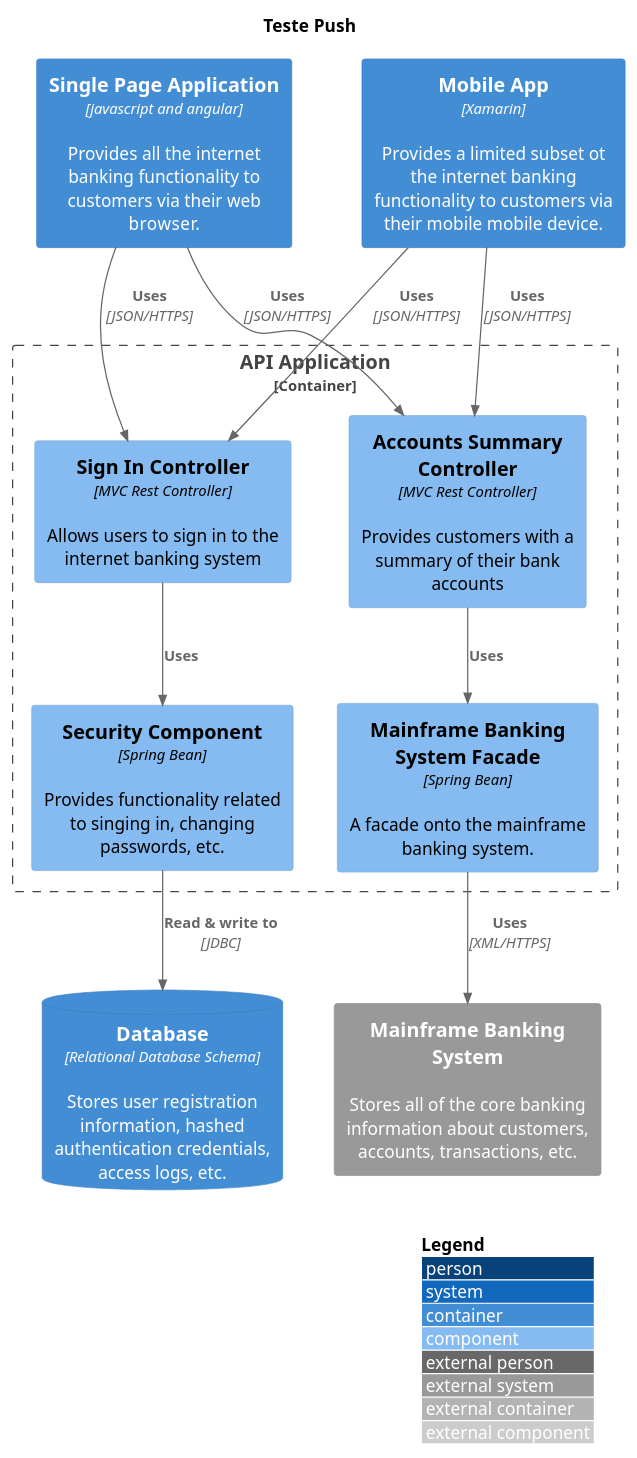
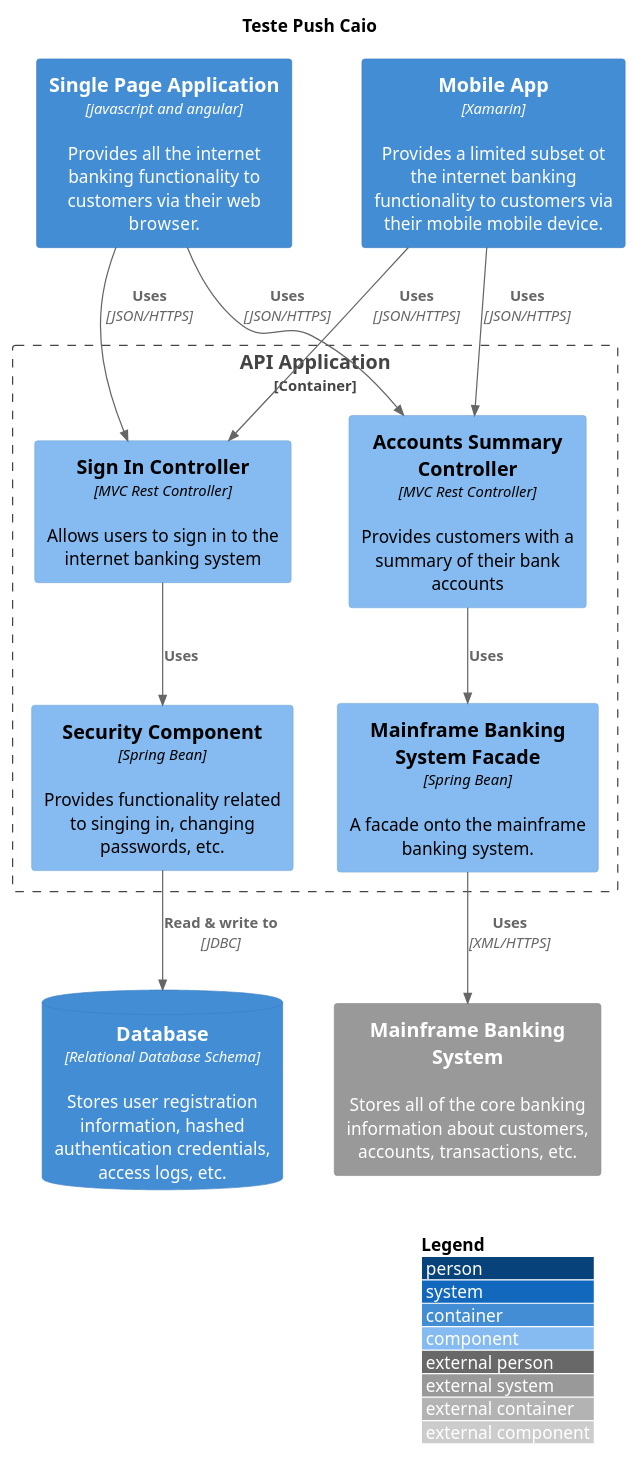
The diagram in sophya-docs/code/diagram1.puml (pablicio/store-service), drawn with PlantUML before and after one commit.

```diff
--- a/sophya-docs/code/diagram1.puml
+++ b/sophya-docs/code/diagram1.puml
@@ -1,34 +1,34 @@
 @startuml
 !include https://raw.githubusercontent.com/plantuml-stdlib/C4-PlantUML/master/C4_Component.puml
 ' uncomment the following line and comment the first to use locally
 ' !include C4_Component.puml
 
 LAYOUT_WITH_LEGEND()
 
 
-title Teste Push
+title Teste Push Caio
 
 Container(spa, "Single Page Application", "javascript and angular", "Provides all the internet banking functionality to customers via their web browser.")
 Container(ma, "Mobile App", "Xamarin", "Provides a limited subset ot the internet banking functionality to customers via their mobile mobile device.")
 ContainerDb(db, "Database", "Relational Database Schema", "Stores user registration information, hashed authentication credentials, access logs, etc.")
 System_Ext(mbs, "Mainframe Banking System", "Stores all of the core banking information about customers, accounts, transactions, etc.")
 
 Container_Boundary(api, "API Application") {
     Component(sign, "Sign In Controller", "MVC Rest Controller", "Allows users to sign in to the internet banking system")
     Component(accounts, "Accounts Summary Controller", "MVC Rest Controller", "Provides customers with a summary of their bank accounts")
     Component(security, "Security Component", "Spring Bean", "Provides functionality related to singing in, changing passwords, etc.")
     Component(mbsfacade, "Mainframe Banking System Facade", "Spring Bean", "A facade onto the mainframe banking system.")
 
 
     Rel(sign, security, "Uses")
     Rel(accounts, mbsfacade, "Uses")
     Rel(security, db, "Read & write to", "JDBC")
     Rel(mbsfacade, mbs, "Uses", "XML/HTTPS")
 }
 
 Rel(spa, sign, "Uses", "JSON/HTTPS")
 Rel(spa, accounts, "Uses", "JSON/HTTPS")
 
 Rel(ma, sign, "Uses", "JSON/HTTPS")
 Rel(ma, accounts, "Uses", "JSON/HTTPS")
 @enduml
```
